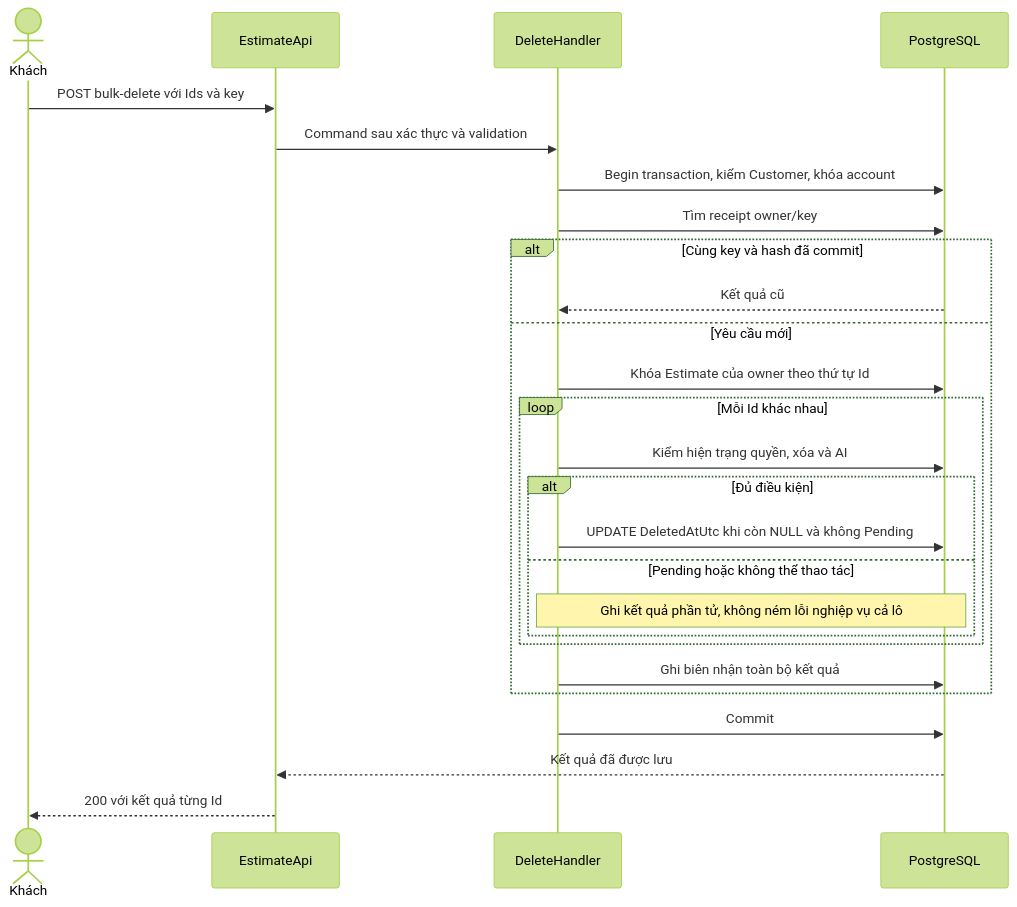
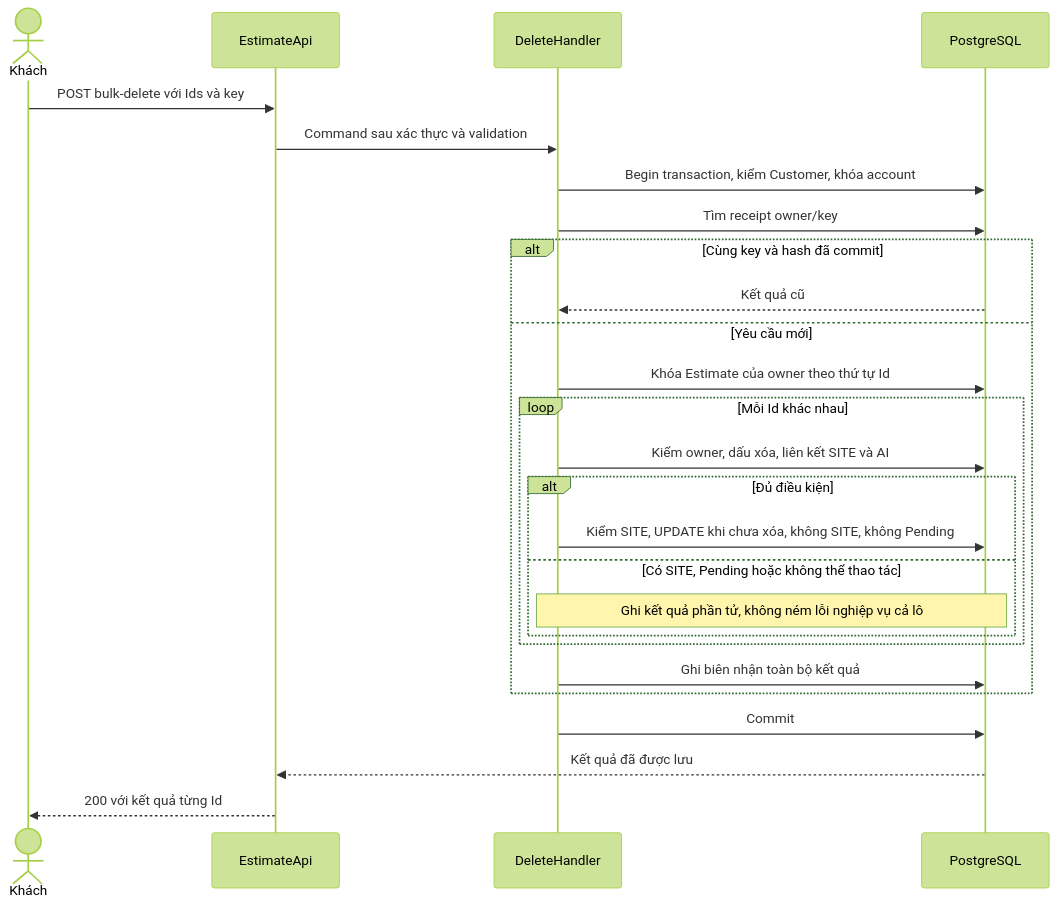
Before and after one commit to TaskCoper/bmt-documentation: the second of 5 diagrams in tdd/TDD-PROJ-005.md, drawn with Mermaid (forest theme). The commit also changed other lines of this file and 709 other files, not shown here.

````diff
--- a/tdd/TDD-PROJ-005.md
+++ b/tdd/TDD-PROJ-005.md
@@ -143,28 +151,28 @@
 ```mermaid
 sequenceDiagram
     actor C as Khách
     participant API as EstimateApi
     participant H as DeleteHandler
     participant DB as PostgreSQL
     C->>API: POST bulk-delete với Ids và key
     API->>H: Command sau xác thực và validation
     H->>DB: Begin transaction, kiểm Customer, khóa account
     H->>DB: Tìm receipt owner/key
     alt Cùng key và hash đã commit
         DB-->>H: Kết quả cũ
     else Yêu cầu mới
         H->>DB: Khóa Estimate của owner theo thứ tự Id
         loop Mỗi Id khác nhau
-            H->>DB: Kiểm hiện trạng quyền, xóa và AI
+            H->>DB: Kiểm owner, dấu xóa, liên kết SITE và AI
             alt Đủ điều kiện
-                H->>DB: UPDATE DeletedAtUtc khi còn NULL và không Pending
-            else Pending hoặc không thể thao tác
+                H->>DB: Kiểm SITE, UPDATE khi chưa xóa, không SITE, không Pending
+            else Có SITE, Pending hoặc không thể thao tác
                 Note over H,DB: Ghi kết quả phần tử, không ném lỗi nghiệp vụ cả lô
             end
         end
         H->>DB: Ghi biên nhận toàn bộ kết quả
     end
     H->>DB: Commit
     DB-->>API: Kết quả đã được lưu
     API-->>C: 200 với kết quả từng Id
 ```
````
